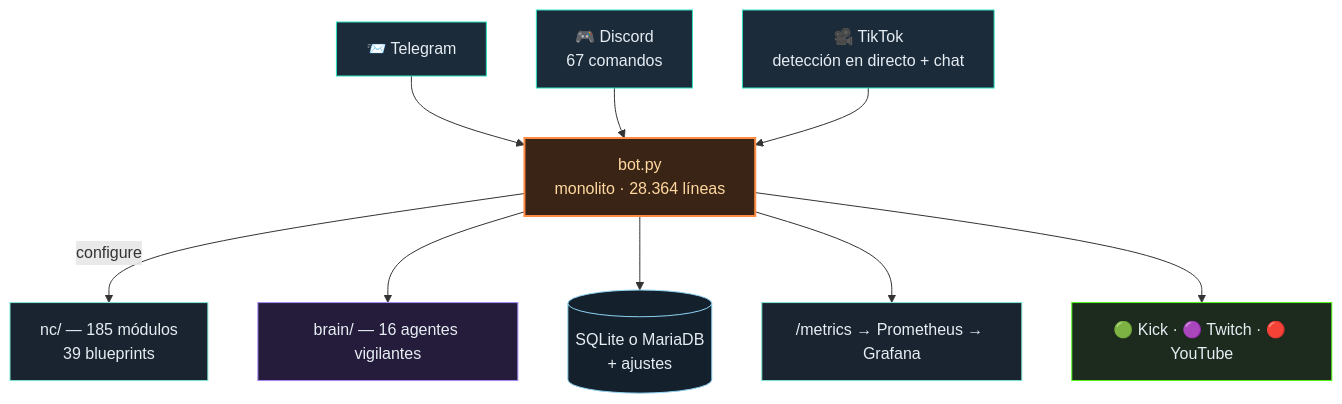
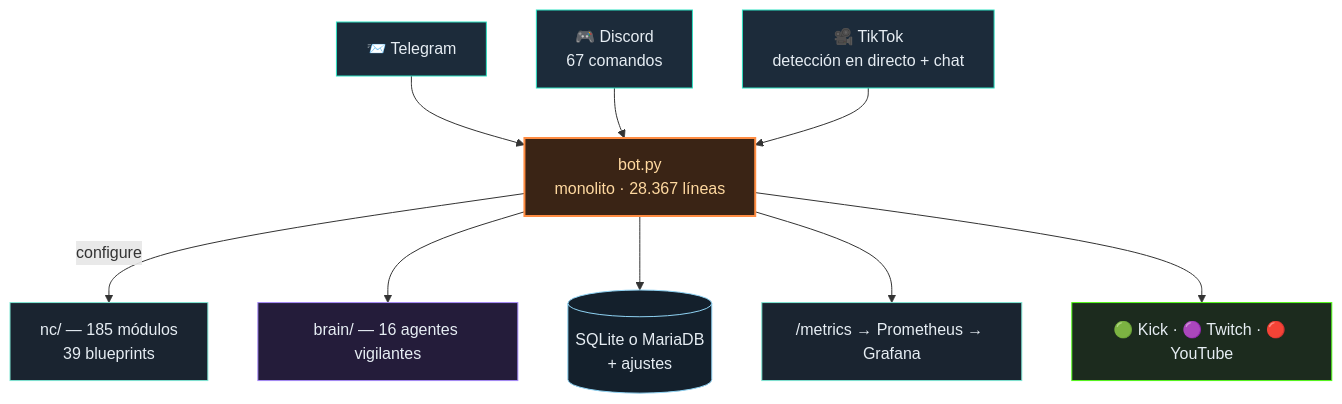
Before and after one commit to itsamemedev/Telegram-Stream-Info-Bot: the diagram in README.es.md, drawn with Mermaid. The commit also changed other lines of this file and 19 other files, not shown here.

````diff
--- a/README.es.md
+++ b/README.es.md
@@ -64,18 +64,18 @@
 ```mermaid
 flowchart TB
     TG["📨 Telegram"]:::ein --> BOT
     DC["🎮 Discord<br/>67 comandos"]:::ein --> BOT
     TT["🎥 TikTok<br/>detección en directo + chat"]:::ein --> BOT
-    BOT["bot.py<br/>monolito · 28.364 líneas"]:::core
+    BOT["bot.py<br/>monolito · 28.367 líneas"]:::core
     BOT -->|configure| NC["nc/ — 185 módulos<br/>39 blueprints"]:::lib
     BOT --> BRAIN["brain/ — 16 agentes vigilantes"]:::brain
     BOT --> DB[("SQLite o MariaDB<br/>+ ajustes")]:::db
     BOT --> PROM["/metrics → Prometheus → Grafana"]:::lib
     BOT --> OUT["🟢 Kick · 🟣 Twitch · 🔴 YouTube"]:::out
     classDef ein fill:#1c2b3a,stroke:#2de1c2,color:#e6edf3
     classDef core fill:#3a2415,stroke:#ff8c42,stroke-width:2px,color:#ffd9a0
     classDef lib fill:#1a2430,stroke:#7fe7d4,color:#e6edf3
     classDef brain fill:#241c3a,stroke:#a78bfa,color:#e6edf3
     classDef db fill:#14202c,stroke:#8fd3f4,color:#e6edf3
     classDef out fill:#1c2b1e,stroke:#53fc18,color:#e6edf3
 ```
````
